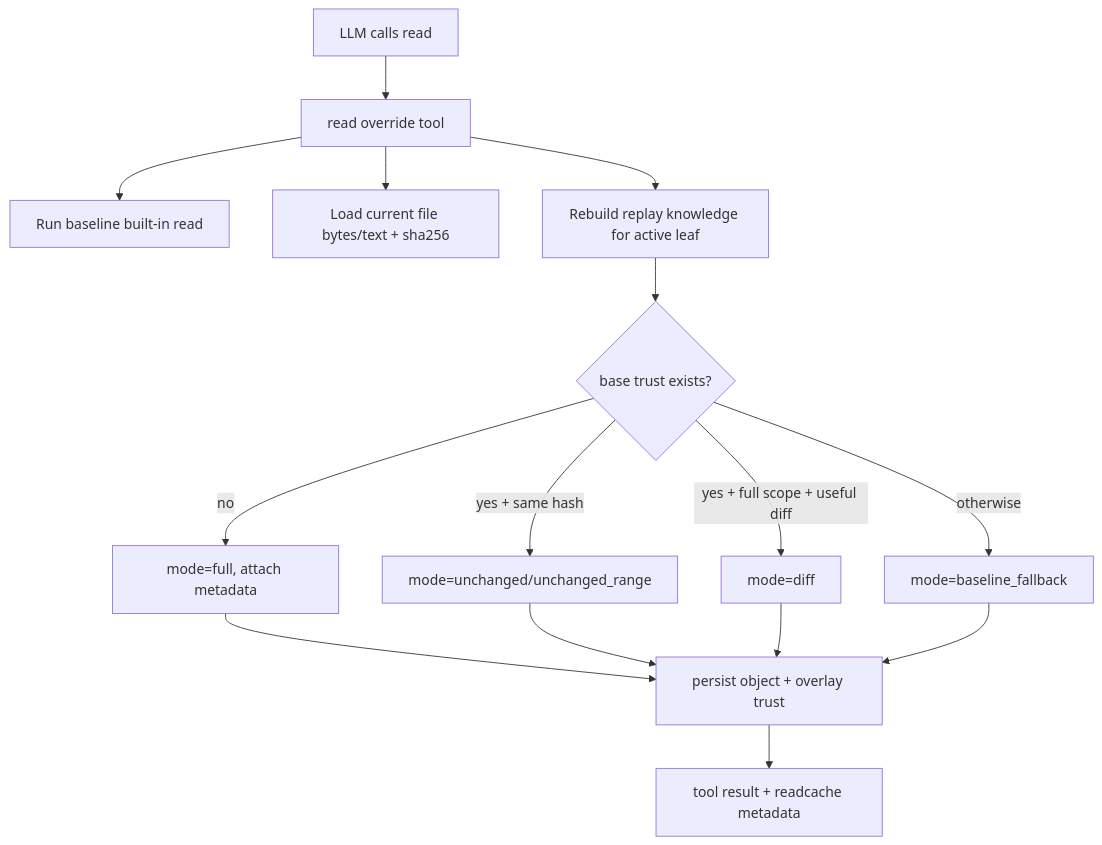
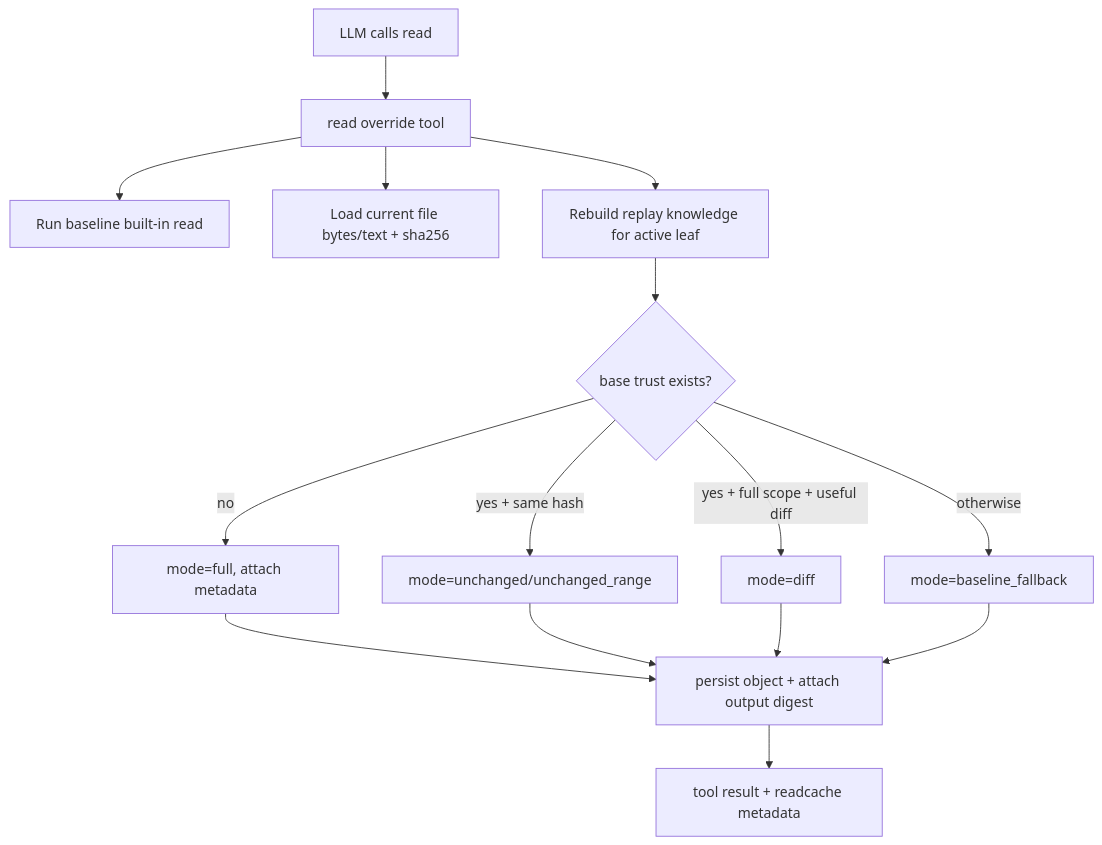
One commit to superresistant/pi-rtk-debunked changed the first of 2 diagrams in readcache/README.md. Above: the diagram before and after it, drawn with Mermaid. The commit also changed other lines of this file and 10 other files, not shown here.

Commit message:
Trust only committed read results with matching output content

````diff
--- a/readcache/README.md
+++ b/readcache/README.md
@@ -97,17 +97,17 @@
 ```mermaid
 flowchart TD
   A[LLM calls read] --> B[read override tool]
   B --> C[Run baseline built-in read]
   B --> D[Load current file bytes/text + sha256]
   B --> E[Rebuild replay knowledge for active leaf]
   E --> F{base trust exists?}
   F -- no --> G[mode=full, attach metadata]
   F -- yes + same hash --> H[mode=unchanged/unchanged_range]
   F -- yes + full scope + useful diff --> I[mode=diff]
   F -- otherwise --> J[mode=baseline_fallback]
-  G --> K[persist object + overlay trust]
+  G --> K[persist object + attach output digest]
   H --> K
   I --> K
   J --> K
   K --> L[tool result + readcache metadata]
 ```
````
